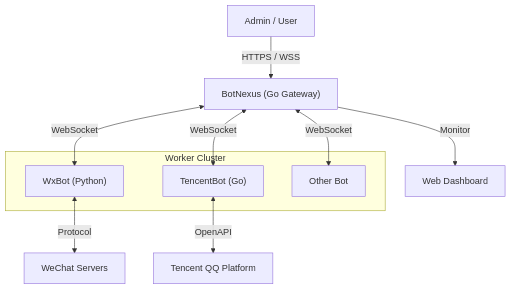
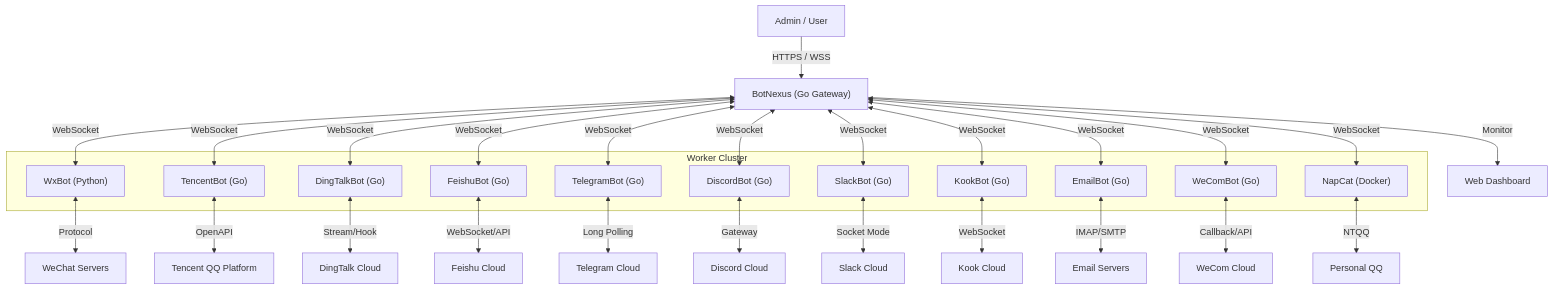
One commit to changliaotong/BotMatrix changed the diagram in README.md. Above: the diagram before and after it, drawn with Mermaid. The commit also changed other lines of this file and 46 other files, not shown here.

Commit message:
feat: add KookBot, EmailBot, WeComBot, NapCat and update docs

````diff
--- a/README.md
+++ b/README.md
@@ -99,18 +115,43 @@
 ```mermaid
 graph TD
     User["Admin / User"] -->|HTTPS / WSS| Nexus["BotNexus (Go Gateway)"]
     Nexus -->|Monitor| Dashboard["Web Dashboard"]
     
     subgraph "Worker Cluster"
         WxBot["WxBot (Python)"]
         TencentBot["TencentBot (Go)"]
-        OtherBot["Other Bot"]
+        DingTalkBot["DingTalkBot (Go)"]
+        FeishuBot["FeishuBot (Go)"]
+        TelegramBot["TelegramBot (Go)"]
+        DiscordBot["DiscordBot (Go)"]
+        SlackBot["SlackBot (Go)"]
+        KookBot["KookBot (Go)"]
+        EmailBot["EmailBot (Go)"]
+        WeComBot["WeComBot (Go)"]
+        NapCat["NapCat (Docker)"]
     end
     
     Nexus <-->|WebSocket| WxBot
     Nexus <-->|WebSocket| TencentBot
-    Nexus <-->|WebSocket| OtherBot
+    Nexus <-->|WebSocket| DingTalkBot
+    Nexus <-->|WebSocket| FeishuBot
+    Nexus <-->|WebSocket| TelegramBot
+    Nexus <-->|WebSocket| DiscordBot
+    Nexus <-->|WebSocket| SlackBot
+    Nexus <-->|WebSocket| KookBot
+    Nexus <-->|WebSocket| EmailBot
+    Nexus <-->|WebSocket| WeComBot
+    Nexus <-->|WebSocket| NapCat
     
     WxBot <-->|Protocol| WeChat["WeChat Servers"]
     TencentBot <-->|OpenAPI| QQ["Tencent QQ Platform"]
+    NapCat <-->|NTQQ| PersonalQQ["Personal QQ"]
+    DingTalkBot <-->|Stream/Hook| DingTalk["DingTalk Cloud"]
+    FeishuBot <-->|WebSocket/API| Feishu["Feishu Cloud"]
+    TelegramBot <-->|Long Polling| Telegram["Telegram Cloud"]
+    DiscordBot <-->|Gateway| Discord["Discord Cloud"]
+    SlackBot <-->|Socket Mode| Slack["Slack Cloud"]
+    KookBot <-->|WebSocket| Kook["Kook Cloud"]
+    EmailBot <-->|IMAP/SMTP| Email["Email Servers"]
+    WeComBot <-->|Callback/API| WeCom["WeCom Cloud"]
 ```
````
